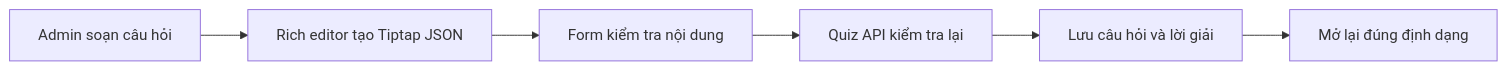
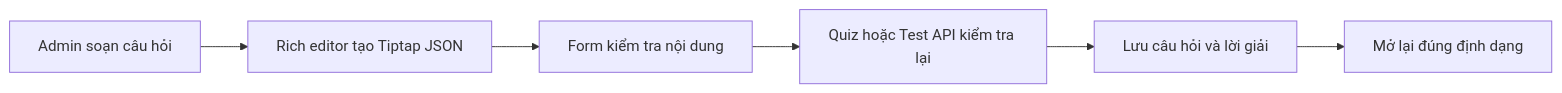
One commit to DamAnhTuanTB/ClassHero changed the diagram in docs/learning-notes/features/quiz-flashcard-test.md. Above: the diagram before and after it, drawn with Mermaid. The commit also changed other lines of this file and 43 other files, not shown here.

````diff
--- a/docs/learning-notes/features/quiz-flashcard-test.md
+++ b/docs/learning-notes/features/quiz-flashcard-test.md
@@ -13,8 +16,8 @@
 ```mermaid
 flowchart LR
   A[Admin soạn câu hỏi] --> B[Rich editor tạo Tiptap JSON]
   B --> C[Form kiểm tra nội dung]
-  C --> D[Quiz API kiểm tra lại]
+  C --> D[Quiz hoặc Test API kiểm tra lại]
   D --> E[Lưu câu hỏi và lời giải]
   E --> F[Mở lại đúng định dạng]
 ```
````
